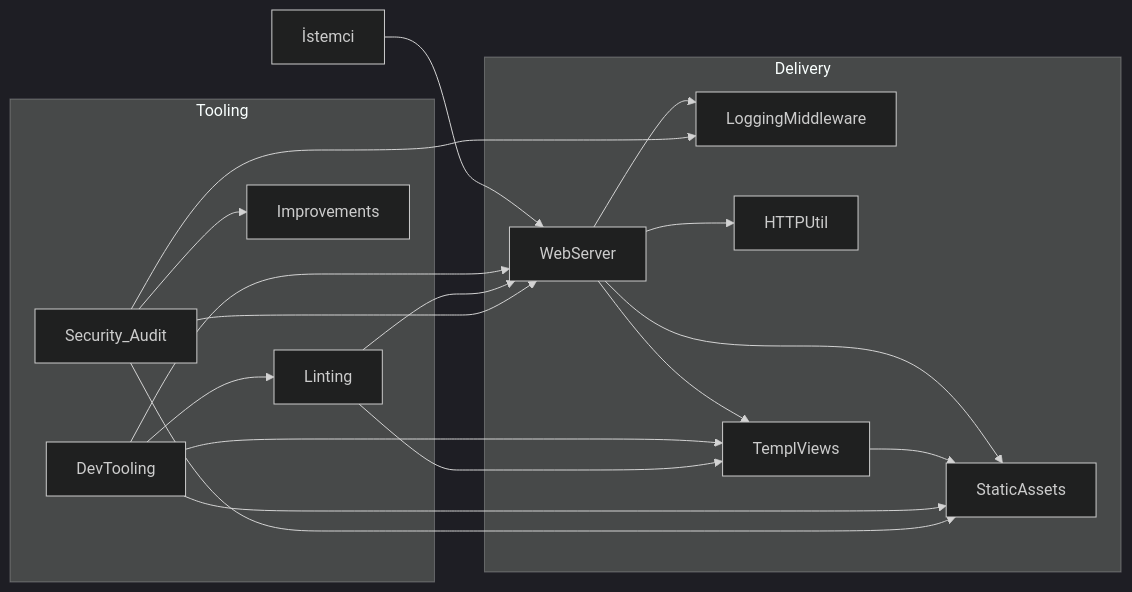
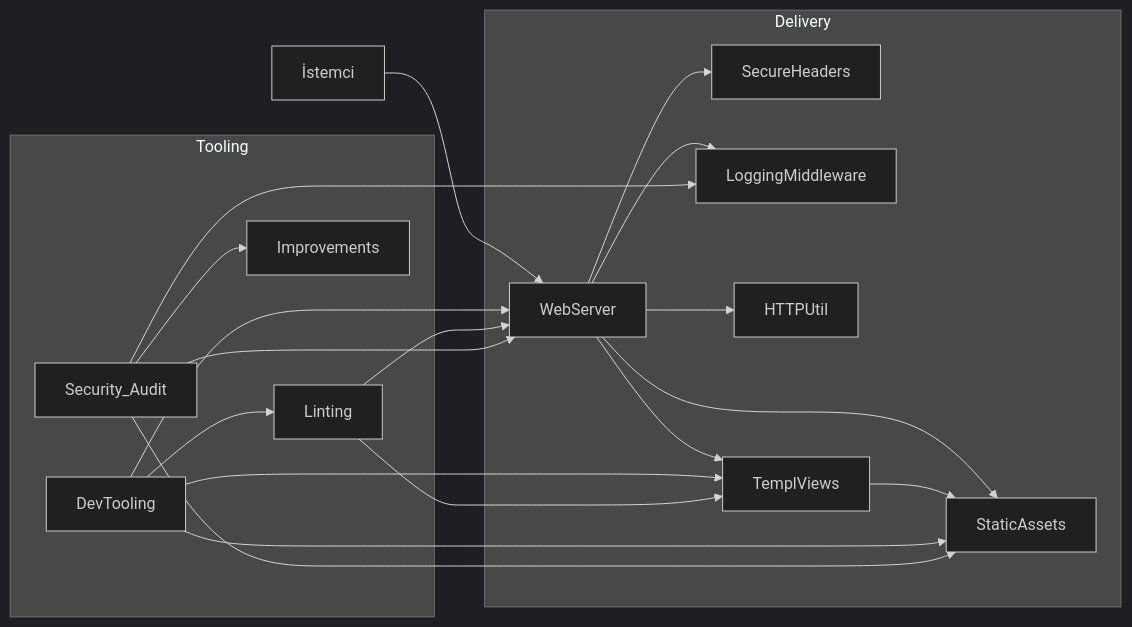
One commit to ozkansen/ozkansen.com changed the first of 3 diagrams in docs/wiki/Index.md. Above: the diagram before and after it, drawn with Mermaid (dark theme). The commit also changed other lines of this file and 6 other files, not shown here.

````diff
--- a/docs/wiki/Index.md
+++ b/docs/wiki/Index.md
@@ -11,34 +11,36 @@
 ```mermaid
 flowchart LR
     subgraph Delivery
         WebServer
+        SecureHeaders
         LoggingMiddleware
         HTTPUtil
         TemplViews
         StaticAssets
     end
 
     subgraph Tooling
         DevTooling
         Linting
         Security_Audit
         Improvements
     end
 
     Client[İstemci] --> WebServer
+    WebServer --> SecureHeaders
     WebServer --> LoggingMiddleware
     WebServer --> HTTPUtil
     WebServer --> TemplViews
     WebServer --> StaticAssets
     TemplViews --> StaticAssets
     DevTooling --> TemplViews
     DevTooling --> StaticAssets
     DevTooling --> WebServer
     DevTooling --> Linting
     Linting --> WebServer
     Linting --> TemplViews
     Security_Audit --> WebServer
     Security_Audit --> LoggingMiddleware
     Security_Audit --> StaticAssets
     Security_Audit --> Improvements
 ```
````
